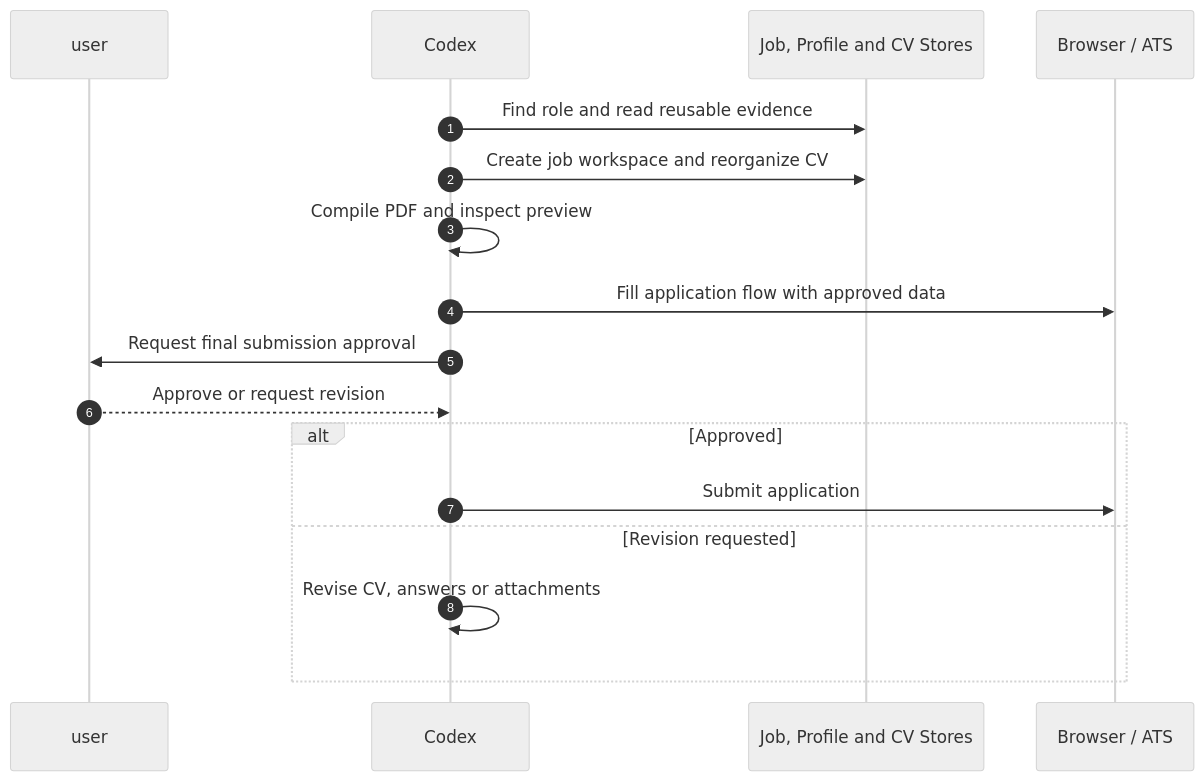
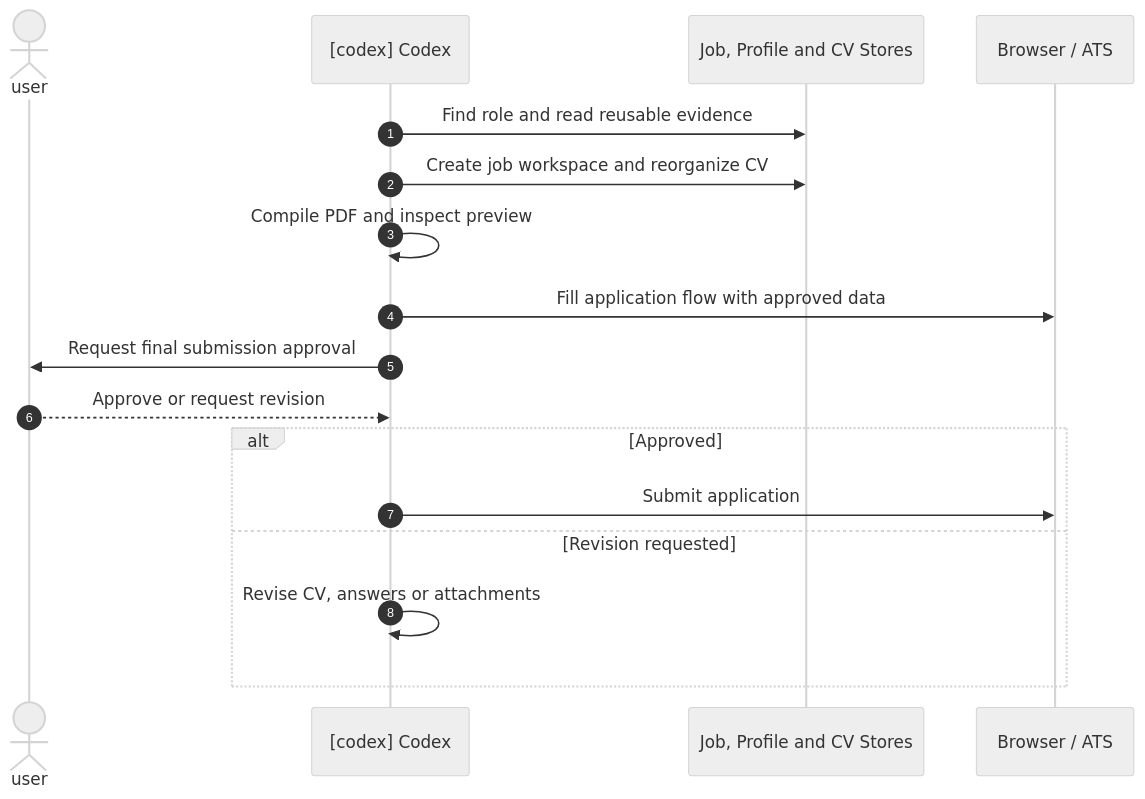
The diagram in docs/workflow.md (ddm18/codex-managed-application-workflow), drawn with Mermaid (neutral theme) before and after one commit. The commit also changed 6 other files, not shown here.

Commit message:
Add icons to workflow and architecture diagrams

````diff
--- a/docs/workflow.md
+++ b/docs/workflow.md
@@ -9,20 +9,20 @@
 ```mermaid
 sequenceDiagram
   autonumber
-  participant U as user
-  participant C as Codex
+  actor U as user
+  participant C as [codex] Codex
   participant S as Job, Profile and CV Stores
   participant B as Browser / ATS
 
   C->>S: Find role and read reusable evidence
   C->>S: Create job workspace and reorganize CV
   C->>C: Compile PDF and inspect preview
   C->>B: Fill application flow with approved data
   C->>U: Request final submission approval
   U-->>C: Approve or request revision
   alt Approved
     C->>B: Submit application
   else Revision requested
     C->>C: Revise CV, answers or attachments
   end
 ```
````
